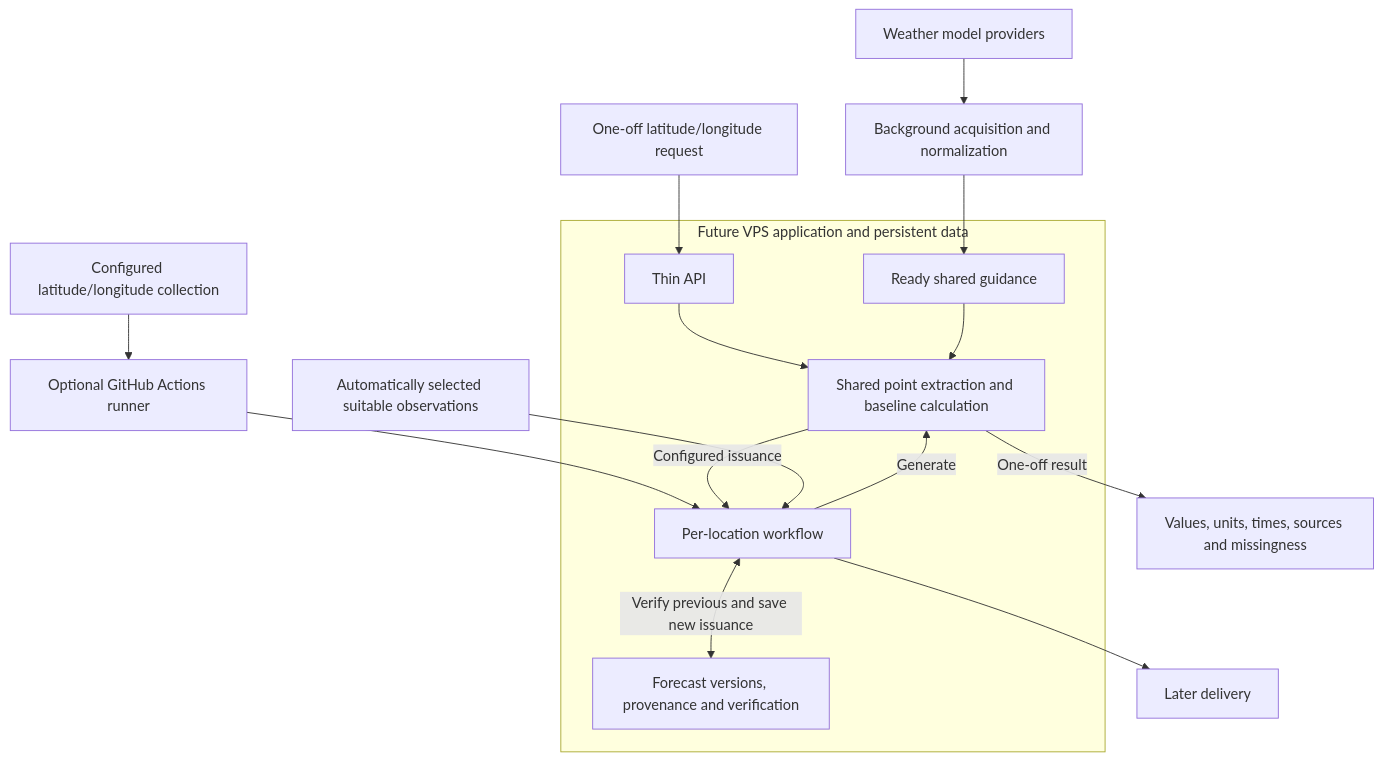
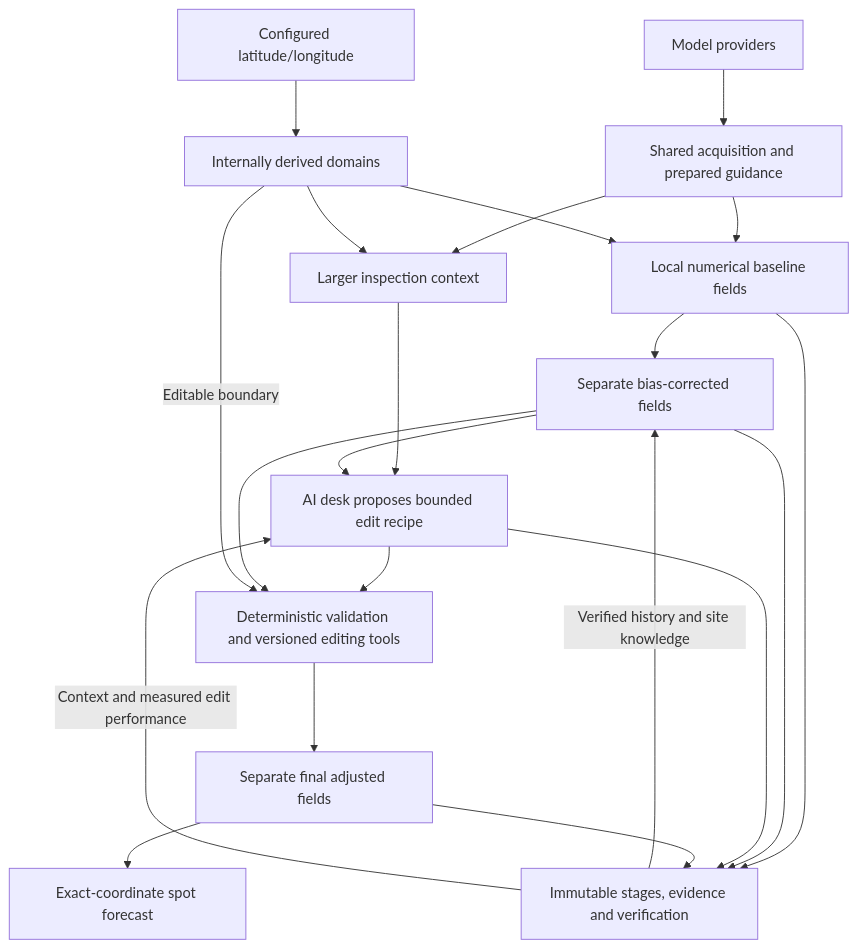
The diagram in VISION.md (Tony-Ingle/mesoforge), drawn with Mermaid before and after one commit. The commit also changed other lines of this file and 3 other files, not shown here.

Commit message:
Clarify local forecast domains and bounded forecast-desk direction

````diff
--- a/VISION.md
+++ b/VISION.md
@@ -138,18 +165,23 @@
 ```mermaid
 flowchart TD
-    Models[Weather model providers] --> Prepare[Background acquisition and normalization]
-    Prepare --> Guidance[Ready shared guidance]
-    Locations[Configured latitude/longitude collection] --> Runner[Optional GitHub Actions runner]
-    Runner --> Workflow[Per-location workflow]
-    Request[One-off latitude/longitude request] --> API[Thin API]
-    subgraph VPS[Future VPS application and persistent data]
-        API --> Baseline[Shared point extraction and baseline calculation]
-        Guidance --> Baseline
-        Workflow -->|Generate| Baseline
-        Workflow <-->|Verify previous and save new issuance| History[Forecast versions, provenance and verification]
-        Baseline -->|Configured issuance| Workflow
-    end
-    Baseline -->|One-off result| Response[Values, units, times, sources and missingness]
-    Observations[Automatically selected suitable observations] --> Workflow
-    Workflow --> Delivery[Later delivery]
+    Models[Model providers] --> Shared[Shared acquisition and prepared guidance]
+    Coordinates[Configured latitude/longitude] --> Domains[Internally derived domains]
+    Shared --> Baseline[Local numerical baseline fields]
+    Domains --> Baseline
+    Shared --> Context[Larger inspection context]
+    Domains --> Context
+    Baseline --> Corrected[Separate bias-corrected fields]
+    Context --> Desk[AI desk proposes bounded edit recipe]
+    Corrected --> Desk
+    Desk --> Tools[Deterministic validation and versioned editing tools]
+    Corrected --> Tools
+    Domains -->|Editable boundary| Tools
+    Tools --> Final[Separate final adjusted fields]
+    Final --> Spot[Exact-coordinate spot forecast]
+    Baseline --> History[Immutable stages, evidence and verification]
+    Corrected --> History
+    Desk --> History
+    Final --> History
+    History -->|Verified history and site knowledge| Corrected
+    History -->|Context and measured edit performance| Desk
 ```
````
